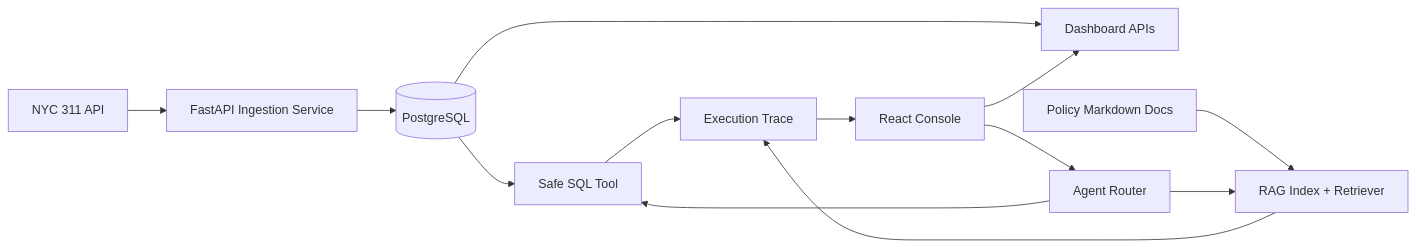
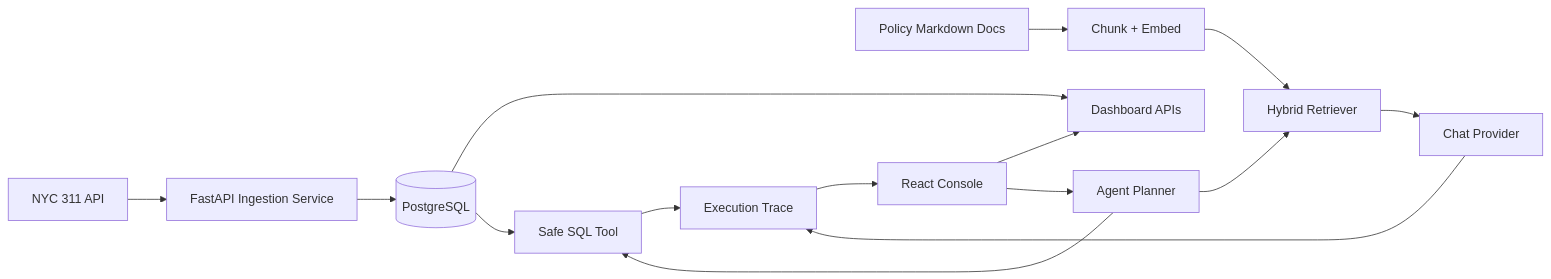
The diagram in README.md (ririan1125/civicops-agent), drawn with Mermaid before and after one commit. The commit also changed other lines of this file and 42 other files, not shown here.

Commit message:
Upgrade agent planning and hybrid RAG

````diff
--- a/README.md
+++ b/README.md
@@ -47,15 +49,17 @@
 ```mermaid
 flowchart LR
   NYC["NYC 311 API"] --> Ingest["FastAPI Ingestion Service"]
   Ingest --> DB[("PostgreSQL")]
   DB --> Dash["Dashboard APIs"]
   DB --> SQLTool["Safe SQL Tool"]
-  Docs["Policy Markdown Docs"] --> RAG["RAG Index + Retriever"]
+  Docs["Policy Markdown Docs"] --> Chunk["Chunk + Embed"]
+  Chunk --> RAG["Hybrid Retriever"]
   User["React Console"] --> Dash
-  User --> Agent["Agent Router"]
+  User --> Agent["Agent Planner"]
   Agent --> SQLTool
   Agent --> RAG
+  RAG --> Chat["Chat Provider"]
   SQLTool --> Trace["Execution Trace"]
-  RAG --> Trace
+  Chat --> Trace
   Trace --> User
 ```
````
